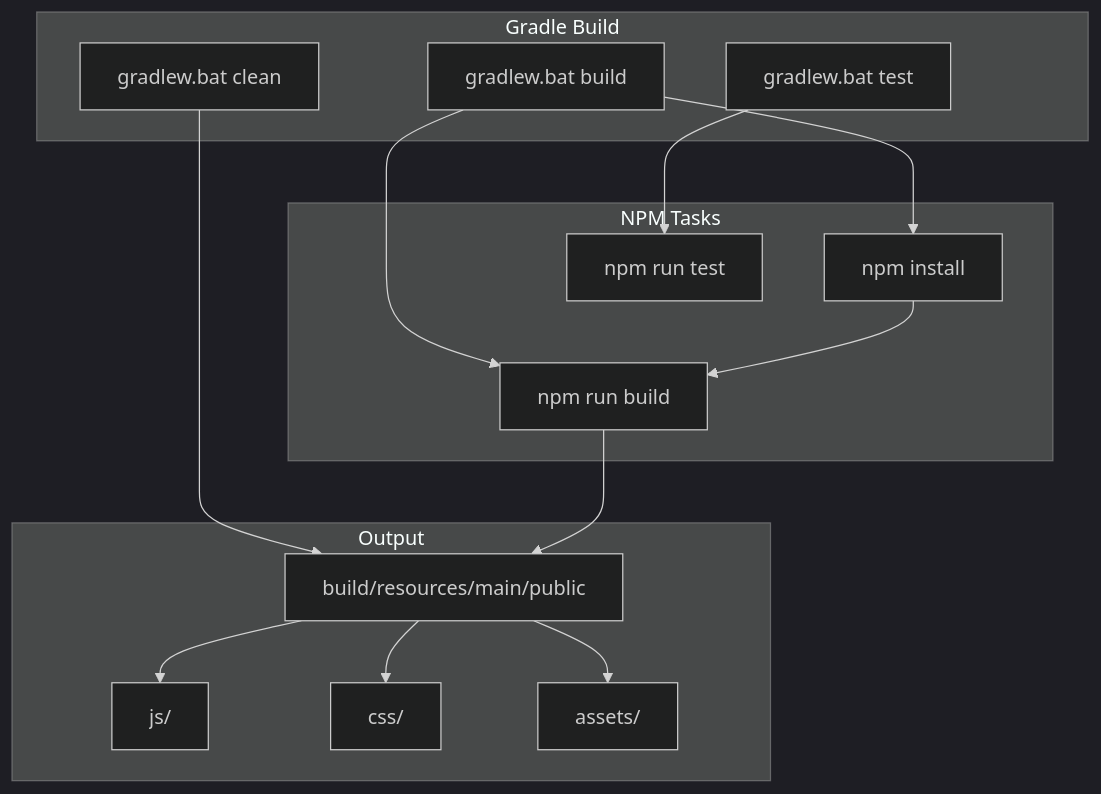
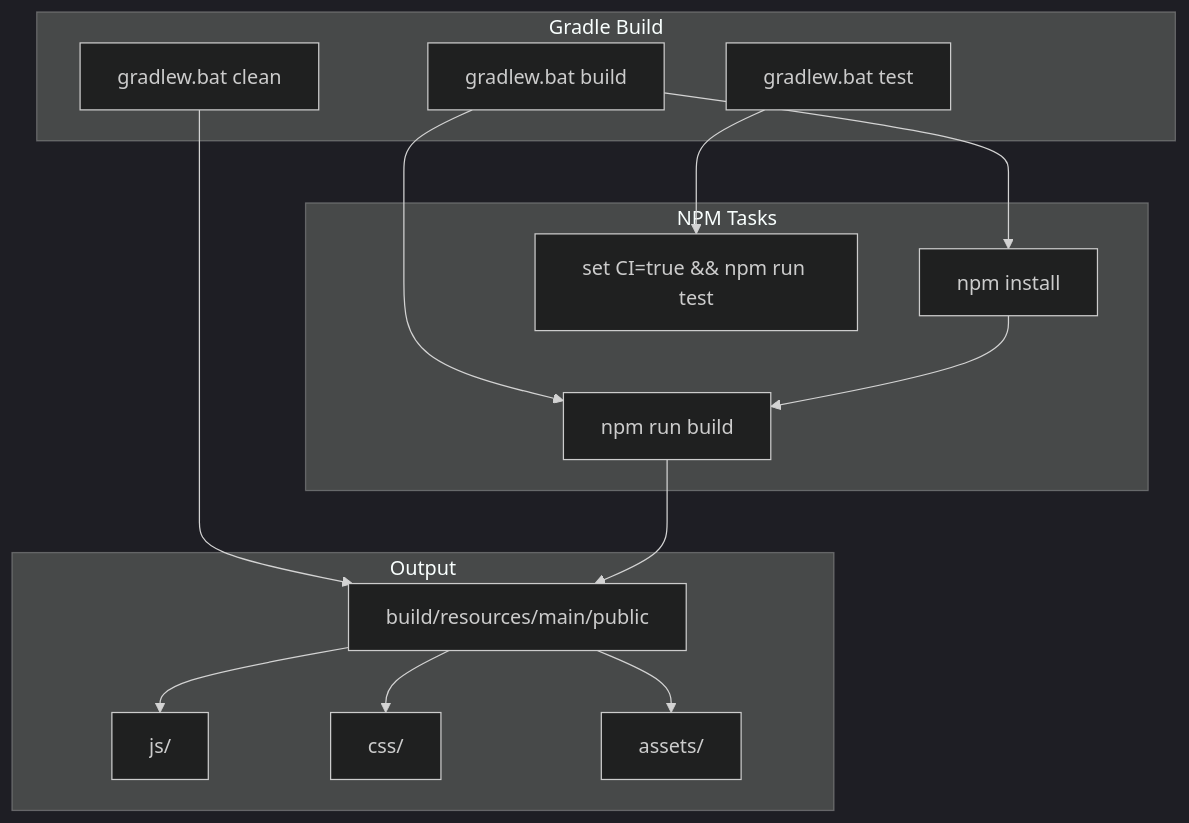
The diagram in docs/tasks/sprint-1/F1.6-vue-build-gradle.md (Lezhik/SpringTwin), drawn with Mermaid (dark theme) before and after one commit. The commit also changed 9 other files, not shown here.

````diff
--- a/docs/tasks/sprint-1/F1.6-vue-build-gradle.md
+++ b/docs/tasks/sprint-1/F1.6-vue-build-gradle.md
@@ -37,32 +37,32 @@
 ```mermaid
 graph TD
     subgraph Gradle Build
         gradle_build[gradlew.bat build]
         gradle_clean[gradlew.bat clean]
         gradle_test[gradlew.bat test]
     end
     
     subgraph NPM Tasks
         npm_install[npm install]
         npm_build[npm run build]
-        npm_test[npm run test]
+        npm_test[set CI=true && npm run test]
     end
     
     subgraph Output
         resources_public[build/resources/main/public]
         js_files[js/]
         css_files[css/]
         assets[assets/]
     end
     
     gradle_build --> npm_install
     gradle_build --> npm_build
     gradle_test --> npm_test
     gradle_clean --> resources_public
     
     npm_install --> npm_build
     npm_build --> resources_public
     resources_public --> js_files
     resources_public --> css_files
     resources_public --> assets
 ```
````
